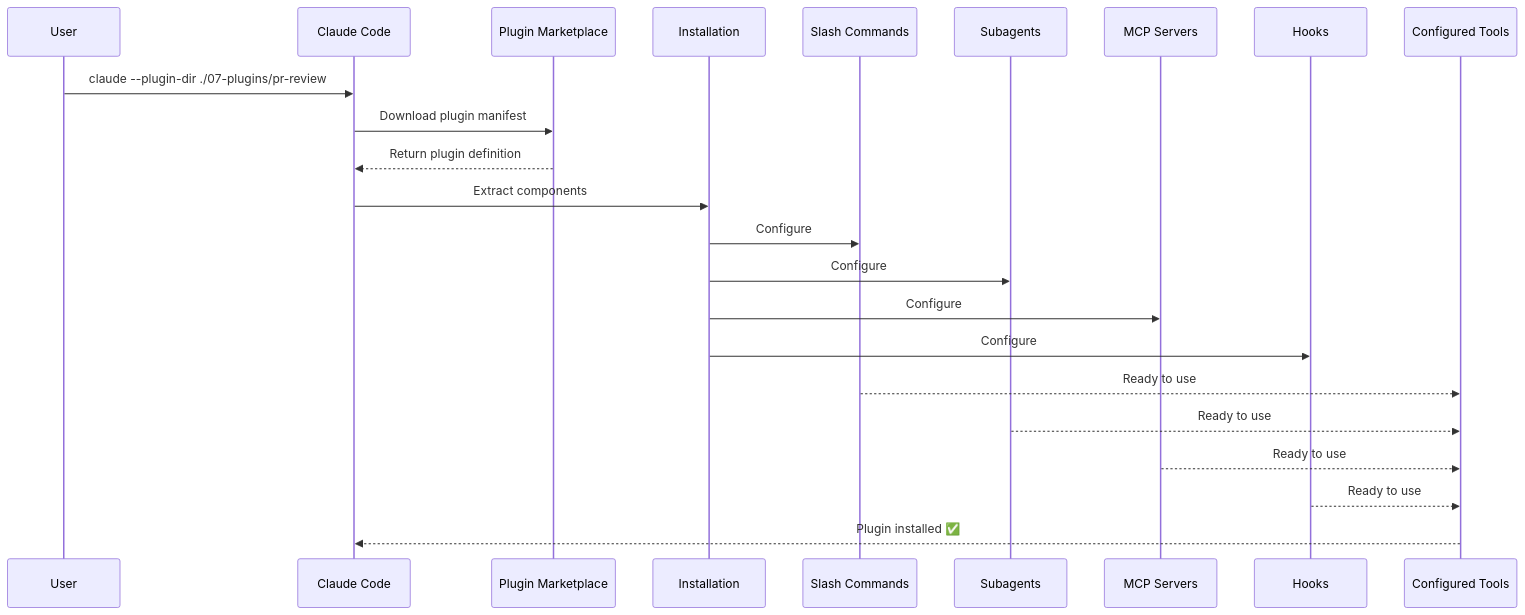
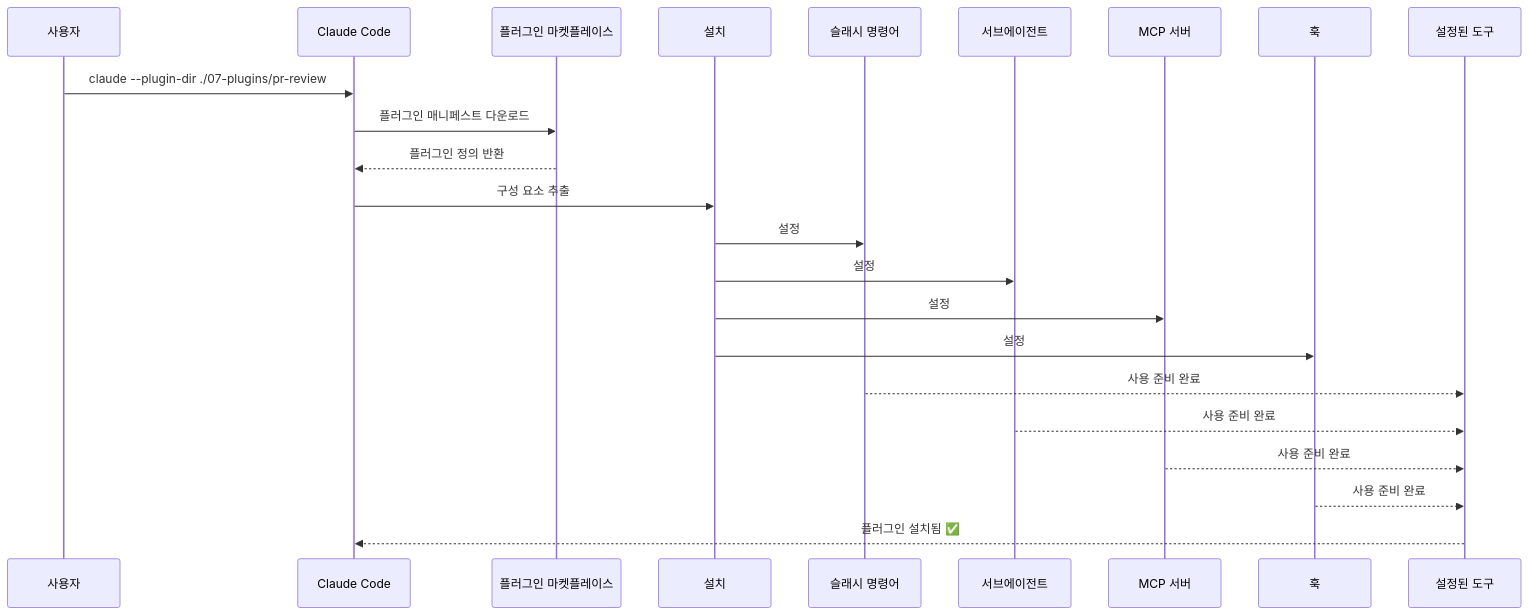
Before and after one commit to KIMDONGWHEE99/howkorean: the second of 5 diagrams in 07-plugins/README.md, drawn with Mermaid. The commit also changed other lines of this file and 1 other file, not shown here.

````diff
--- a/07-plugins/README.md
+++ b/07-plugins/README.md
@@ -34,26 +34,26 @@
 ```mermaid
 sequenceDiagram
-    participant User
+    participant User as 사용자
     participant Claude as Claude Code
-    participant Plugin as Plugin Marketplace
-    participant Install as Installation
-    participant SlashCmds as Slash Commands
-    participant Subagents
-    participant MCPServers as MCP Servers
-    participant Hooks
-    participant Tools as Configured Tools
+    participant Plugin as 플러그인 마켓플레이스
+    participant Install as 설치
+    participant SlashCmds as 슬래시 명령어
+    participant Subagents as 서브에이전트
+    participant MCPServers as MCP 서버
+    participant Hooks as 훅
+    participant Tools as 설정된 도구
 
     User->>Claude: claude --plugin-dir ./07-plugins/pr-review
-    Claude->>Plugin: Download plugin manifest
-    Plugin-->>Claude: Return plugin definition
-    Claude->>Install: Extract components
-    Install->>SlashCmds: Configure
-    Install->>Subagents: Configure
-    Install->>MCPServers: Configure
-    Install->>Hooks: Configure
-    SlashCmds-->>Tools: Ready to use
-    Subagents-->>Tools: Ready to use
-    MCPServers-->>Tools: Ready to use
-    Hooks-->>Tools: Ready to use
-    Tools-->>Claude: Plugin installed ✅
+    Claude->>Plugin: 플러그인 매니페스트 다운로드
+    Plugin-->>Claude: 플러그인 정의 반환
+    Claude->>Install: 구성 요소 추출
+    Install->>SlashCmds: 설정
+    Install->>Subagents: 설정
+    Install->>MCPServers: 설정
+    Install->>Hooks: 설정
+    SlashCmds-->>Tools: 사용 준비 완료
+    Subagents-->>Tools: 사용 준비 완료
+    MCPServers-->>Tools: 사용 준비 완료
+    Hooks-->>Tools: 사용 준비 완료
+    Tools-->>Claude: 플러그인 설치됨 ✅
 ```
````
